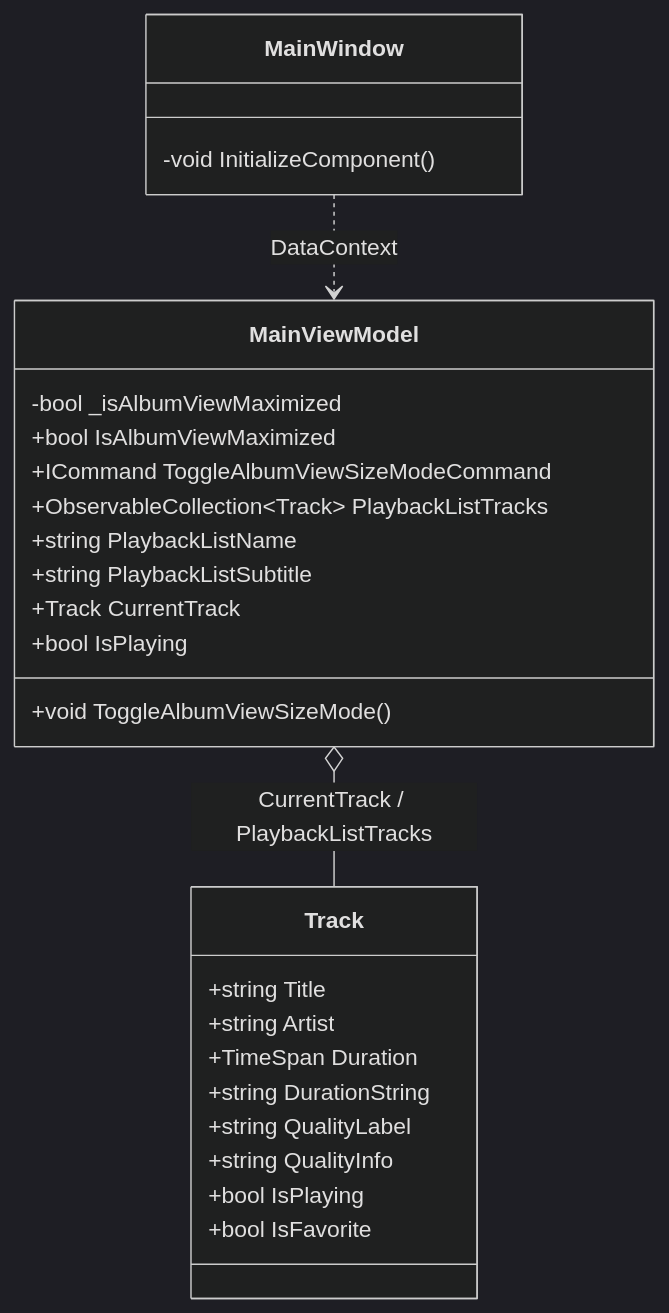
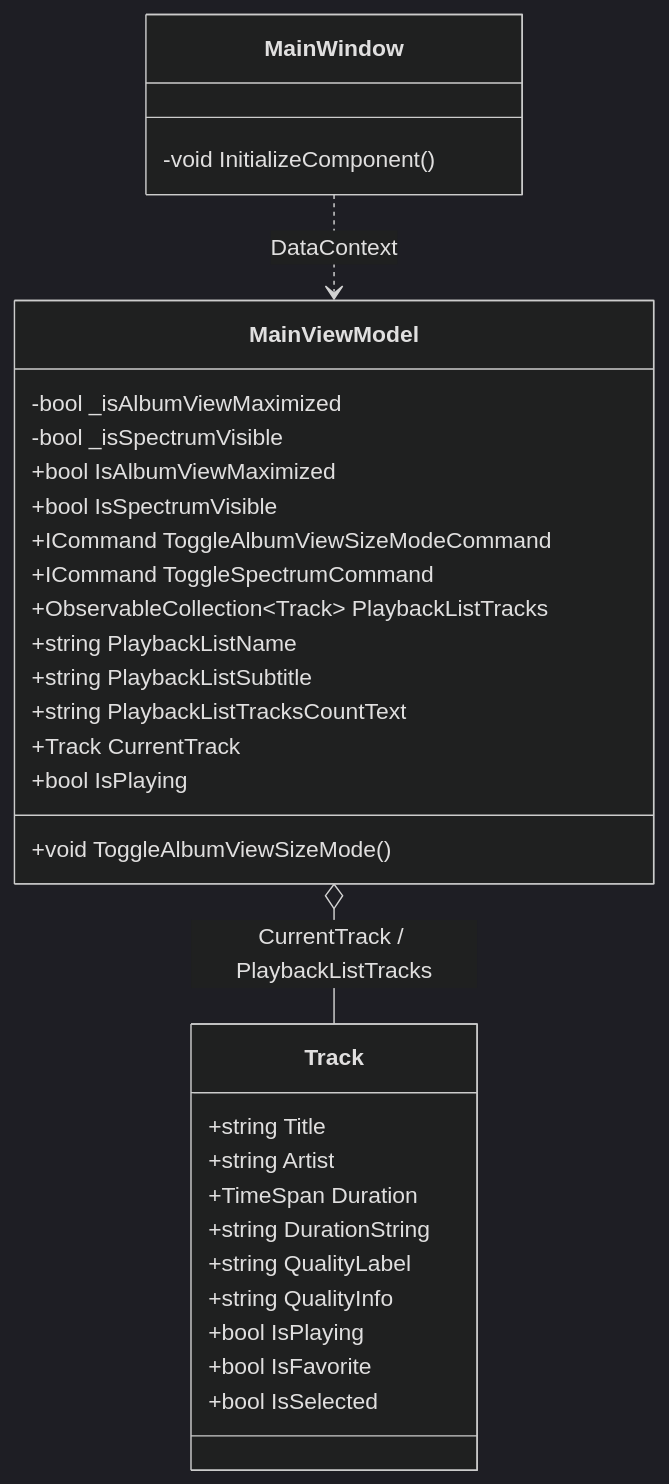
One commit to taketonnbo/Audio_Effector changed the first of 2 diagrams in 設計/詳細設計/右側アルバム情報表示サイズ切り替え機能.md. Above: the diagram before and after it, drawn with Mermaid (dark theme). The commit also changed other lines of this file and 2 other files, not shown here.

````diff
--- a/設計/詳細設計/右側アルバム情報表示サイズ切り替え機能.md
+++ b/設計/詳細設計/右側アルバム情報表示サイズ切り替え機能.md
@@ -16,32 +16,37 @@
 ```mermaid
 classDiagram
     class MainViewModel {
         -bool _isAlbumViewMaximized
+        -bool _isSpectrumVisible
         +bool IsAlbumViewMaximized
+        +bool IsSpectrumVisible
         +ICommand ToggleAlbumViewSizeModeCommand
+        +ICommand ToggleSpectrumCommand
         +ObservableCollection~Track~ PlaybackListTracks
         +string PlaybackListName
         +string PlaybackListSubtitle
+        +string PlaybackListTracksCountText
         +Track CurrentTrack
         +bool IsPlaying
         +void ToggleAlbumViewSizeMode()
     }
 
     class MainWindow {
         -void InitializeComponent()
     }
 
     class Track {
         +string Title
         +string Artist
         +TimeSpan Duration
         +string DurationString
         +string QualityLabel
         +string QualityInfo
         +bool IsPlaying
         +bool IsFavorite
+        +bool IsSelected
     }
 
     MainWindow ..> MainViewModel : DataContext
     MainViewModel o-- Track : CurrentTrack / PlaybackListTracks
 ```
````
